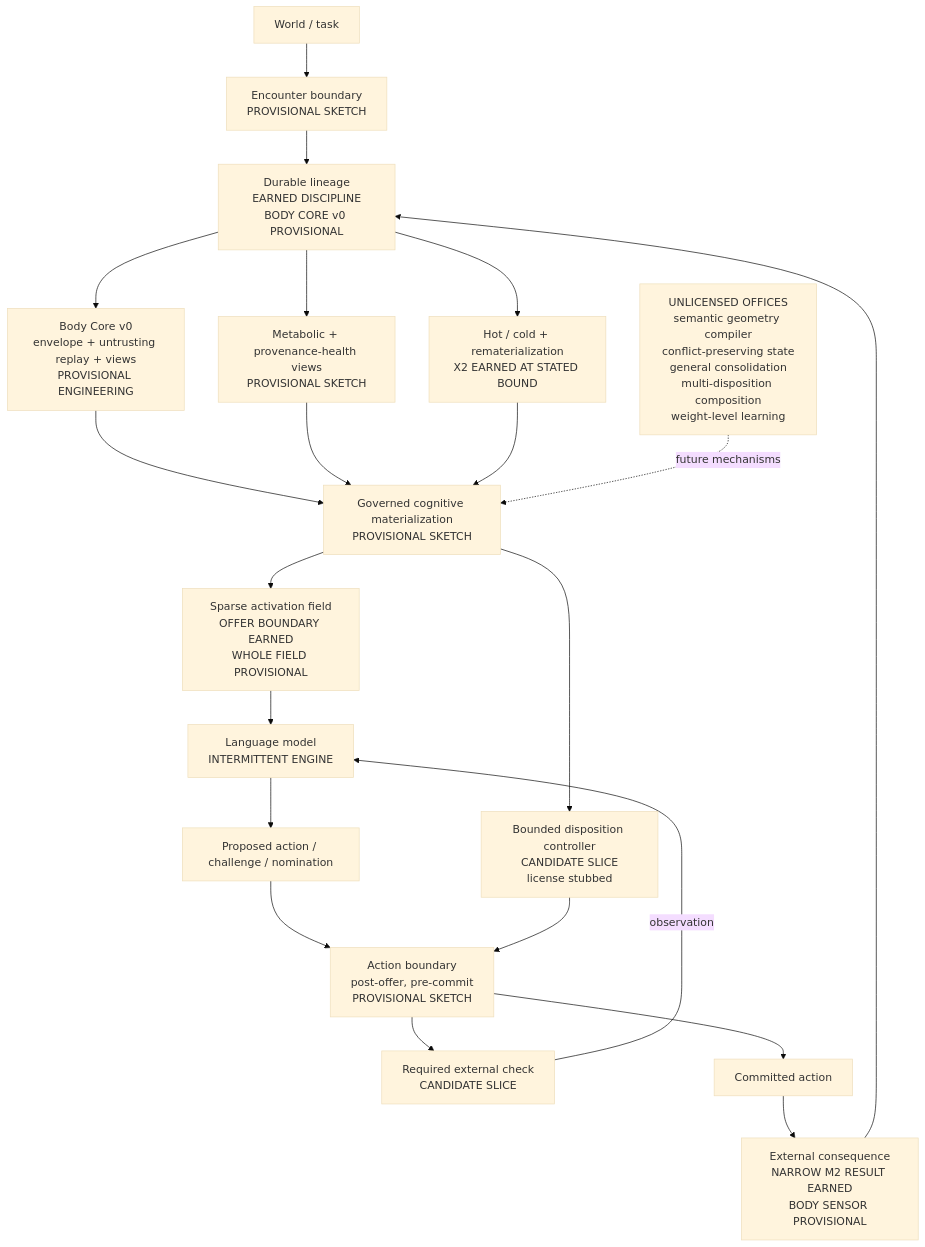
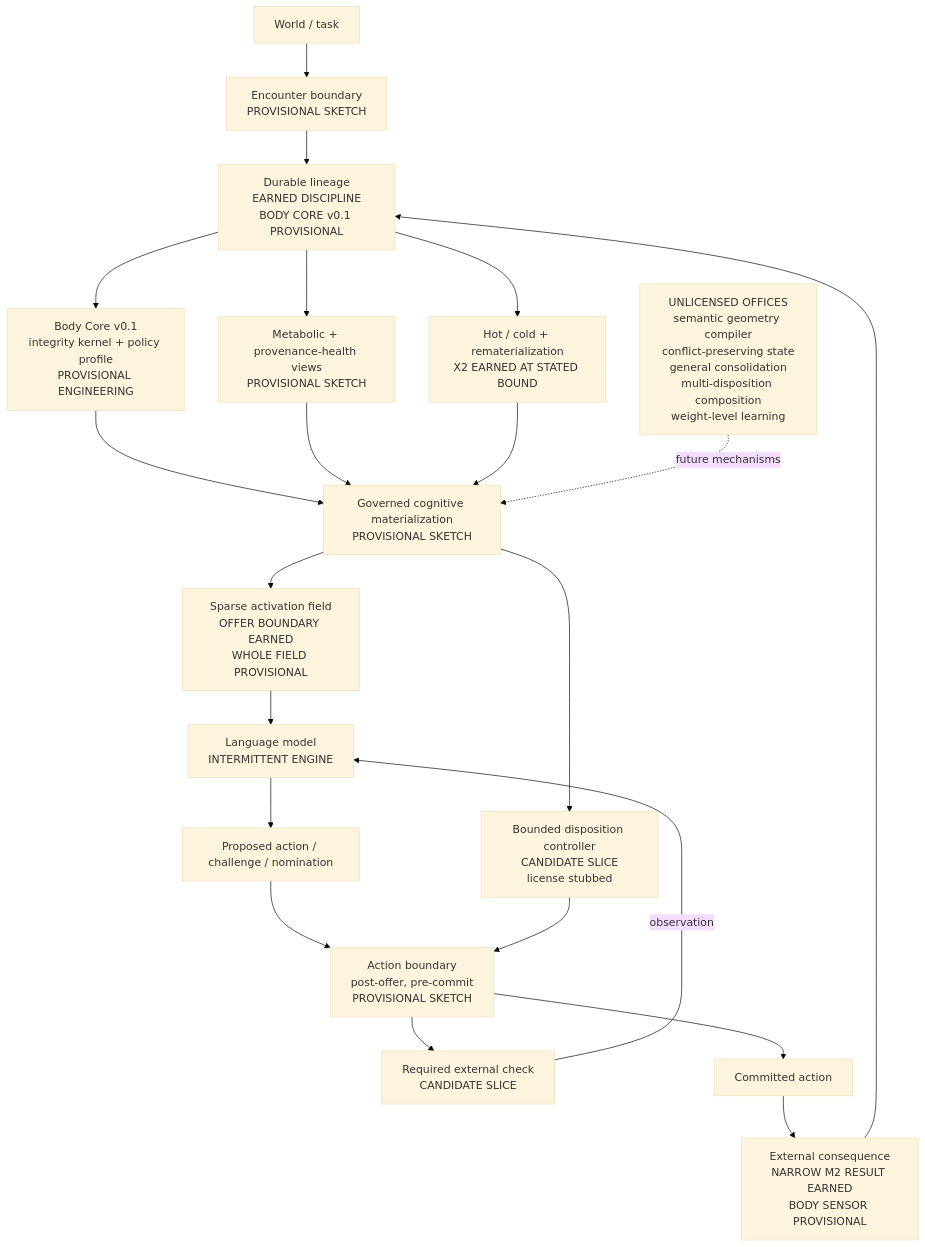
One commit to stack-research/construct changed the diagram in notes/BODY_MAP.md. Above: the diagram before and after it, drawn with Mermaid (base theme). The commit also changed other lines of this file and 50 other files, not shown here.

Commit message:
Harden Body Core and add X2 adapter

````diff
--- a/notes/BODY_MAP.md
+++ b/notes/BODY_MAP.md
@@ -23,30 +24,30 @@
 ```mermaid
 flowchart TD
     World["World / task"] --> Encounter["Encounter boundary<br/>PROVISIONAL SKETCH"]
-    Encounter --> Lineage["Durable lineage<br/>EARNED DISCIPLINE<br/>BODY CORE v0 PROVISIONAL"]
+    Encounter --> Lineage["Durable lineage<br/>EARNED DISCIPLINE<br/>BODY CORE v0.1 PROVISIONAL"]
 
-    Lineage --> Core["Body Core v0<br/>envelope + untrusting replay + views<br/>PROVISIONAL ENGINEERING"]
+    Lineage --> Core["Body Core v0.1<br/>integrity kernel + policy profile<br/>PROVISIONAL ENGINEERING"]
     Core --> Materialization["Governed cognitive materialization<br/>PROVISIONAL SKETCH"]
     Materialization --> Activation["Sparse activation field<br/>OFFER BOUNDARY EARNED<br/>WHOLE FIELD PROVISIONAL"]
     Activation --> Model["Language model<br/>INTERMITTENT ENGINE"]
 
     Model --> Proposal["Proposed action / challenge / nomination"]
     Proposal --> ActionBoundary["Action boundary<br/>post-offer, pre-commit<br/>PROVISIONAL SKETCH"]
     Materialization --> Disposition["Bounded disposition controller<br/>CANDIDATE SLICE<br/>license stubbed"]
     Disposition --> ActionBoundary
     ActionBoundary --> Check["Required external check<br/>CANDIDATE SLICE"]
     Check -->|"observation"| Model
     ActionBoundary --> Commit["Committed action"]
 
     Commit --> Consequence["External consequence<br/>NARROW M2 RESULT EARNED<br/>BODY SENSOR PROVISIONAL"]
     Consequence --> Lineage
 
     Lineage --> Metabolic["Metabolic + provenance-health views<br/>PROVISIONAL SKETCH"]
     Metabolic --> Materialization
 
     Lineage --> HotCold["Hot / cold + rematerialization<br/>X2 EARNED AT STATED BOUND"]
     HotCold --> Materialization
 
     Unlicensed["UNLICENSED OFFICES<br/>semantic geometry compiler<br/>conflict-preserving state<br/>general consolidation<br/>multi-disposition composition<br/>weight-level learning"]
     Unlicensed -. future mechanisms .-> Materialization
 ```
````
